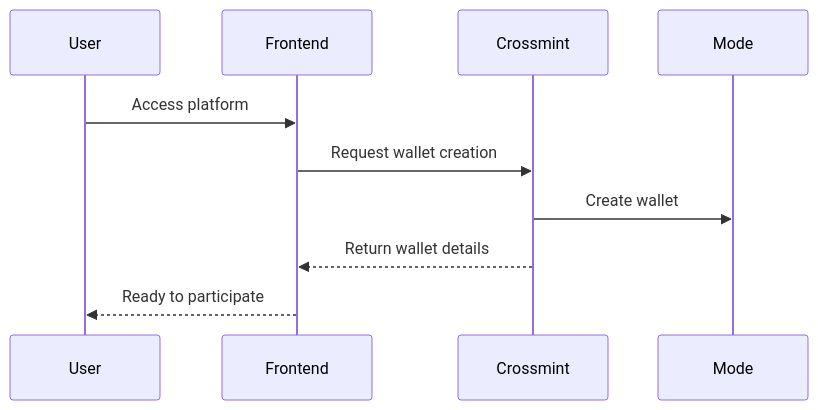
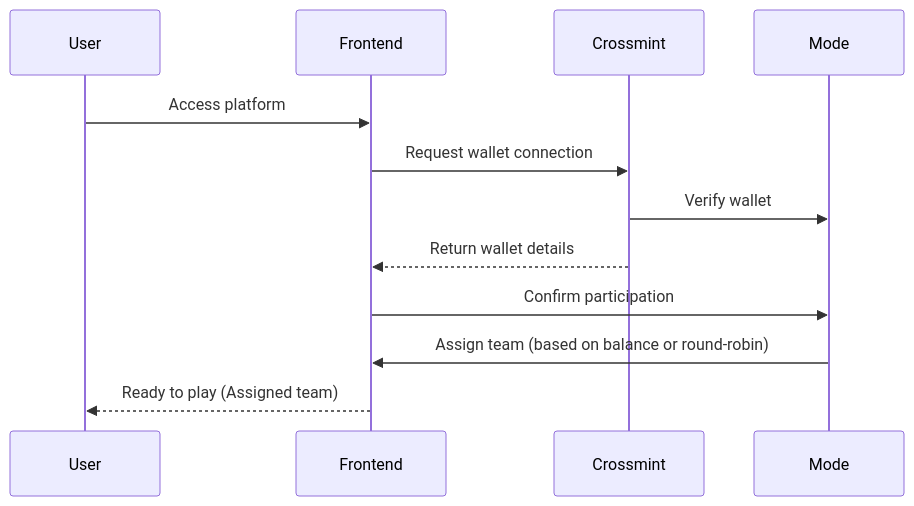
The first of 4 diagrams in docs/system-flows.md (JasperGwyn/TheOraculoMode), drawn with Mermaid before and after one commit. The commit also changed other lines of this file and 1 other file, not shown here.

Commit message:
userjouney y system flow update

````diff
--- a/docs/system-flows.md
+++ b/docs/system-flows.md
@@ -6,13 +6,15 @@
 ```mermaid
 sequenceDiagram
     participant User
     participant Frontend
     participant Crossmint
     participant Mode
 
-    User->>Frontend: Access platform
-    Frontend->>Crossmint: Request wallet creation
-    Crossmint->>Mode: Create wallet
+       User->>Frontend: Access platform
+    Frontend->>Crossmint: Request wallet connection
+    Crossmint->>Mode: Verify wallet
     Crossmint-->>Frontend: Return wallet details
-    Frontend-->>User: Ready to participate
+    Frontend->>Mode: Confirm participation
+    Mode->>Frontend: Assign team (based on balance or round-robin)
+    Frontend-->>User: Ready to play (Assigned team)
 ```
````
